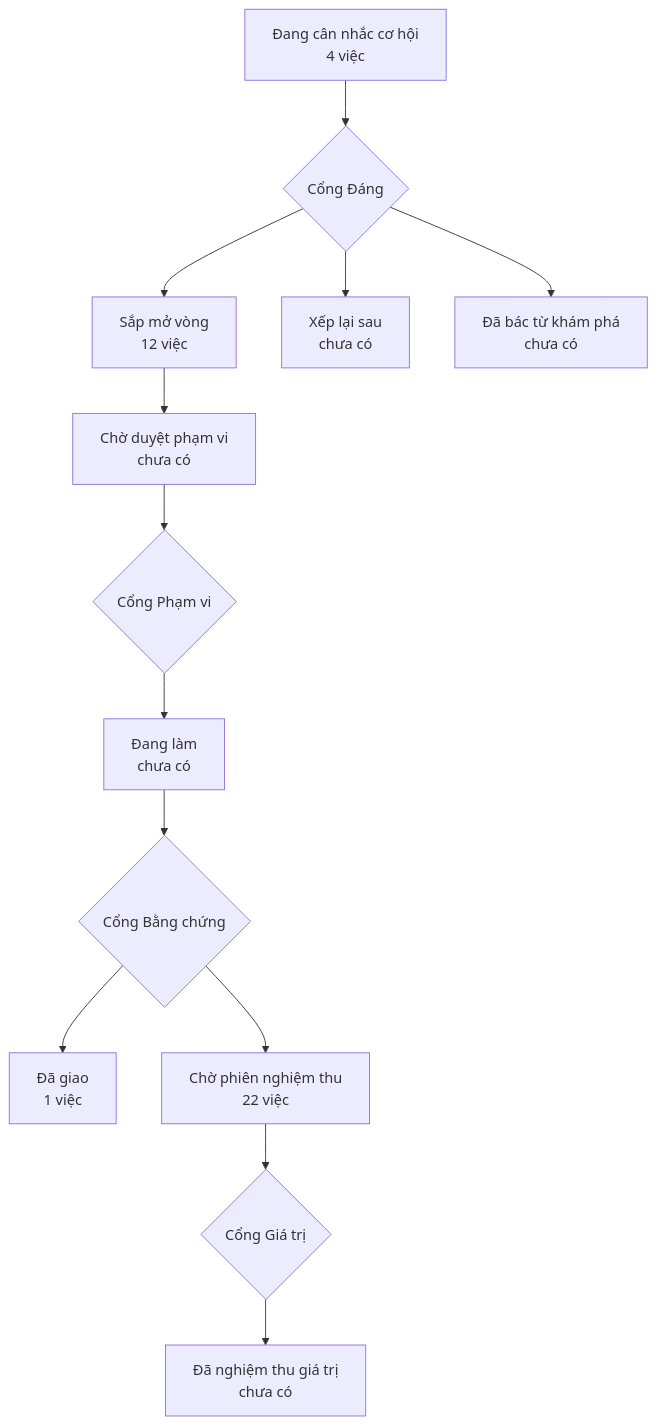
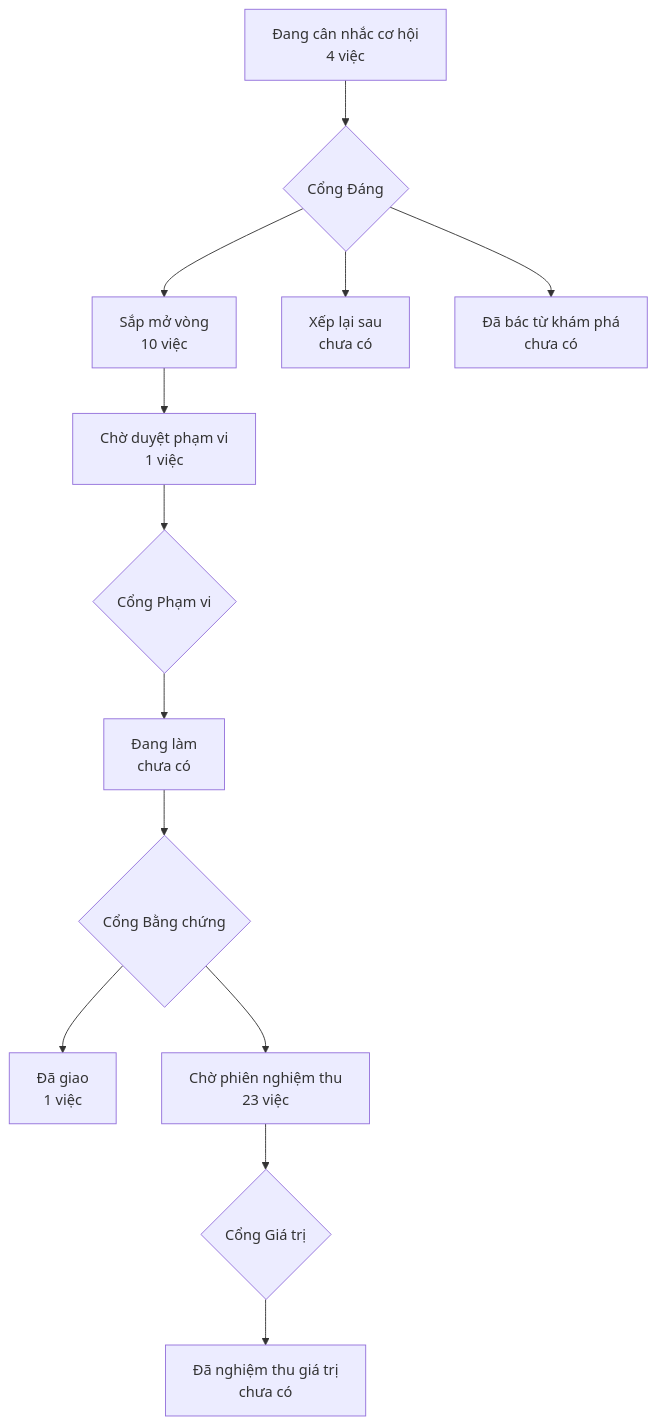
The diagram in PRODUCT-MAP.md (phanlemanh/onehub-inventory), drawn with Mermaid before and after one commit. The commit also changed other lines of this file and 1 other file, not shown here.

Commit message:
chore(plan): regenerate product map and roadmap after merging main

````diff
--- a/PRODUCT-MAP.md
+++ b/PRODUCT-MAP.md
@@ -7,12 +7,12 @@
 ```mermaid
 flowchart TD
   A["Đang cân nhắc cơ hội<br/>4 việc"] --> GD{"Cổng Đáng"}
-  GD --> B["Sắp mở vòng<br/>12 việc"]
+  GD --> B["Sắp mở vòng<br/>10 việc"]
   GD --> XL["Xếp lại sau<br/>chưa có"]
   GD --> DB["Đã bác từ khám phá<br/>chưa có"]
-  B --> CD["Chờ duyệt phạm vi<br/>chưa có"] --> GP{"Cổng Phạm vi"}
+  B --> CD["Chờ duyệt phạm vi<br/>1 việc"] --> GP{"Cổng Phạm vi"}
   GP --> DL["Đang làm<br/>chưa có"] --> GB{"Cổng Bằng chứng"}
   GB --> DG["Đã giao<br/>1 việc"]
-  GB --> CN["Chờ phiên nghiệm thu<br/>22 việc"] --> GG{"Cổng Giá trị"}
+  GB --> CN["Chờ phiên nghiệm thu<br/>23 việc"] --> GG{"Cổng Giá trị"}
   GG --> NT["Đã nghiệm thu giá trị<br/>chưa có"]
 ```
````
